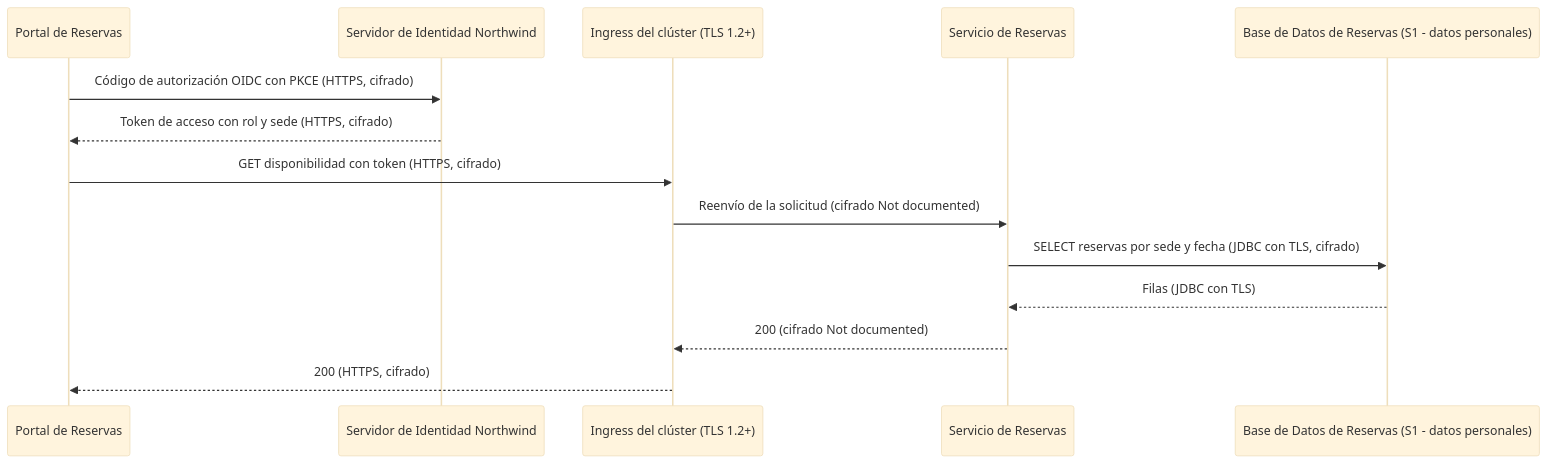
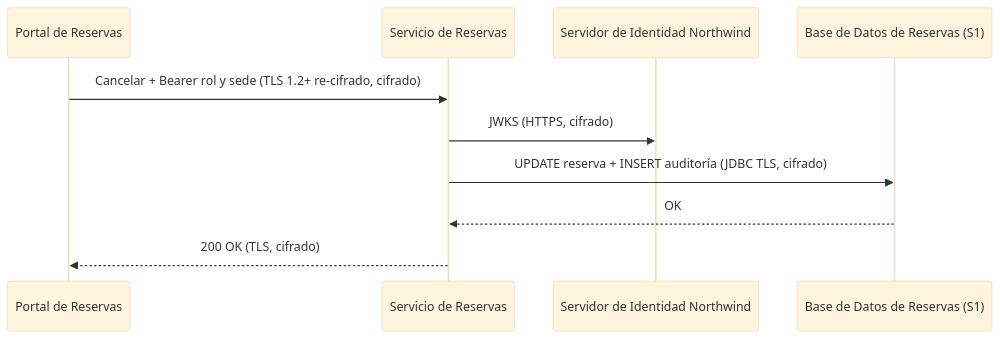
The third of 3 diagrams in analysis/DATA-SENSITIVITY-2026-11-03.md (shadowX4fox/northwind-reservas), drawn with Mermaid (base theme) before and after one commit. The commit also changed other lines of this file and 7 other files, not shown here.

````diff
--- a/analysis/DATA-SENSITIVITY-2026-11-03.md
+++ b/analysis/DATA-SENSITIVITY-2026-11-03.md
@@ -90,16 +96,12 @@
 ```mermaid
 sequenceDiagram
-  participant Portal as Portal de Reservas
+  participant P as Portal de Reservas
+  participant S as Servicio de Reservas
   participant IdP as Servidor de Identidad Northwind
-  participant Ingress as Ingress del clúster (TLS 1.2+)
-  participant Servicio as Servicio de Reservas
-  participant DB as Base de Datos de Reservas (S1 - datos personales)
-  Portal->>IdP: Código de autorización OIDC con PKCE (HTTPS, cifrado)
-  IdP-->>Portal: Token de acceso con rol y sede (HTTPS, cifrado)
-  Portal->>Ingress: GET disponibilidad con token (HTTPS, cifrado)
-  Ingress->>Servicio: Reenvío de la solicitud (cifrado Not documented)
-  Servicio->>DB: SELECT reservas por sede y fecha (JDBC con TLS, cifrado)
-  DB-->>Servicio: Filas (JDBC con TLS)
-  Servicio-->>Ingress: 200 (cifrado Not documented)
-  Ingress-->>Portal: 200 (HTTPS, cifrado)
+  participant DB as Base de Datos de Reservas (S1)
+  P->>S: Cancelar + Bearer rol y sede (TLS 1.2+ re-cifrado, cifrado)
+  S->>IdP: JWKS (HTTPS, cifrado)
+  S->>DB: UPDATE reserva + INSERT auditoría (JDBC TLS, cifrado)
+  DB-->>S: OK
+  S-->>P: 200 OK (TLS, cifrado)
 ```
````
